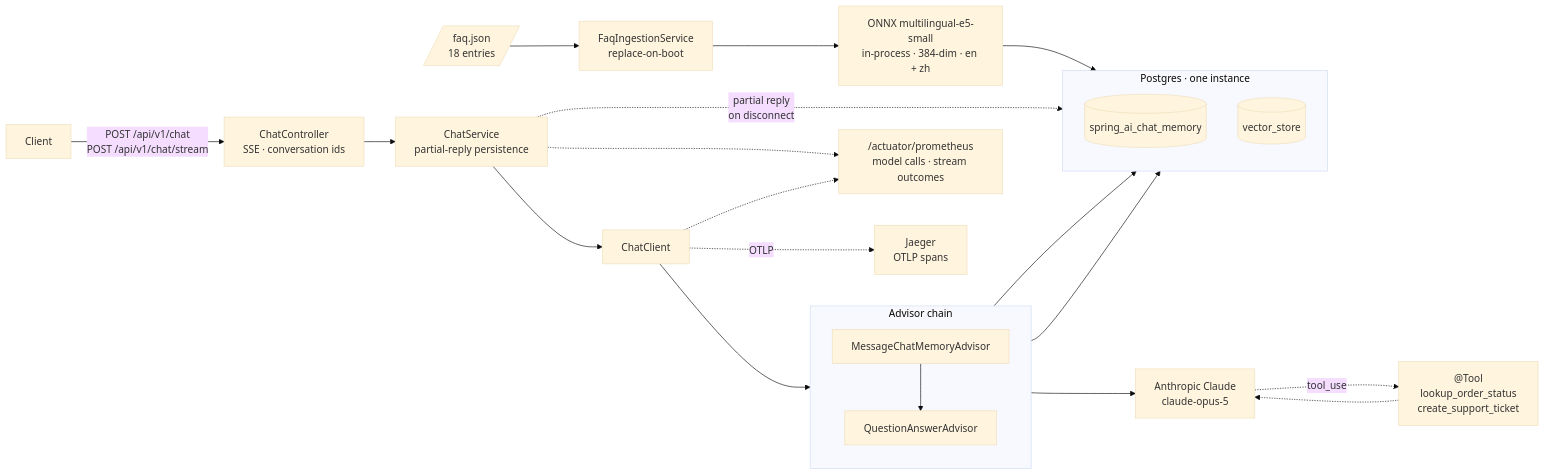
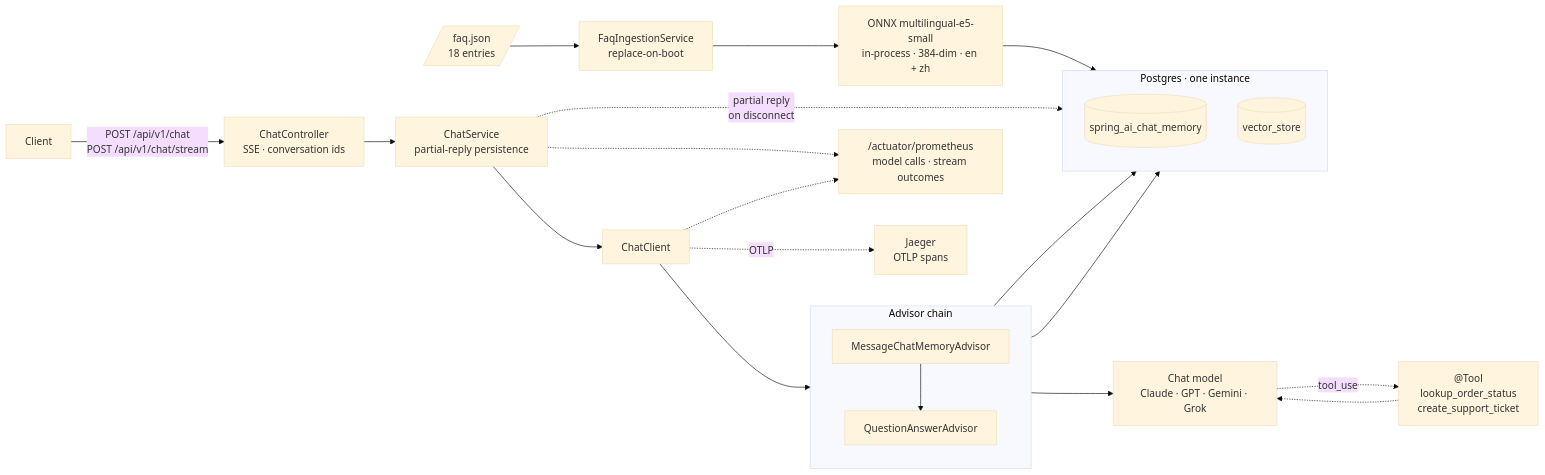
The first of 2 diagrams in README.md (lai3d/ai-customer-service-java), drawn with Mermaid (base theme) before and after one commit. The commit also changed other lines of this file and 8 other files, not shown here.

````diff
--- a/README.md
+++ b/README.md
@@ -22,48 +22,48 @@
 ```mermaid
 flowchart LR
     Client["Client"]
     Ctl["ChatController<br/>SSE · conversation ids"]
     Svc["ChatService<br/>partial-reply persistence"]
     CC["ChatClient"]
 
     subgraph Chain["Advisor chain"]
         direction TB
         Mem["MessageChatMemoryAdvisor"]
         QA["QuestionAnswerAdvisor"]
         Mem --> QA
     end
 
-    Claude["Anthropic Claude<br/>claude-opus-5"]
+    Claude["Chat model<br/>Claude · GPT · Gemini · Grok"]
     Tools["@Tool<br/>lookup_order_status<br/>create_support_ticket"]
 
     subgraph PG["Postgres · one instance"]
         direction TB
         CM[("spring_ai_chat_memory")]
         VS[("vector_store")]
     end
 
     Ingest["FaqIngestionService<br/>replace-on-boot"]
     Corpus[/"faq.json<br/>18 entries"/]
     Embed["ONNX multilingual-e5-small<br/>in-process · 384-dim · en + zh"]
     Prom["/actuator/prometheus<br/>model calls · stream outcomes"]
     Jaeger["Jaeger<br/>OTLP spans"]
 
     Client -->|"POST /api/v1/chat<br/>POST /api/v1/chat/stream"| Ctl
     Ctl --> Svc
     Svc --> CC
     CC --> Chain
     Chain --> Claude
     Claude -.->|"tool_use"| Tools
     Tools -.-> Claude
 
     Mem --> CM
     QA --> VS
     Corpus --> Ingest
     Ingest --> Embed
     Embed --> VS
     Svc -.->|"partial reply<br/>on disconnect"| CM
     Svc -.-> Prom
     CC -.-> Prom
     CC -.->|"OTLP"| Jaeger
 
 ```
````
